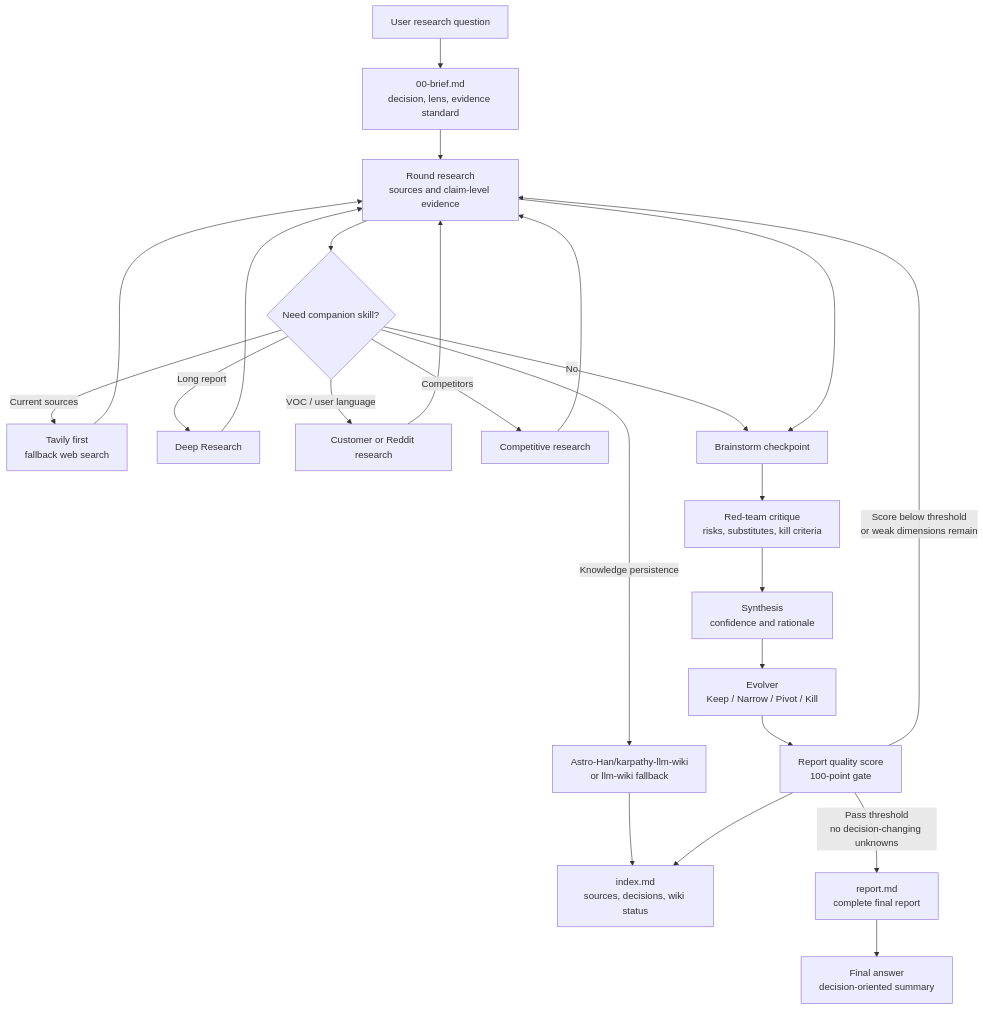
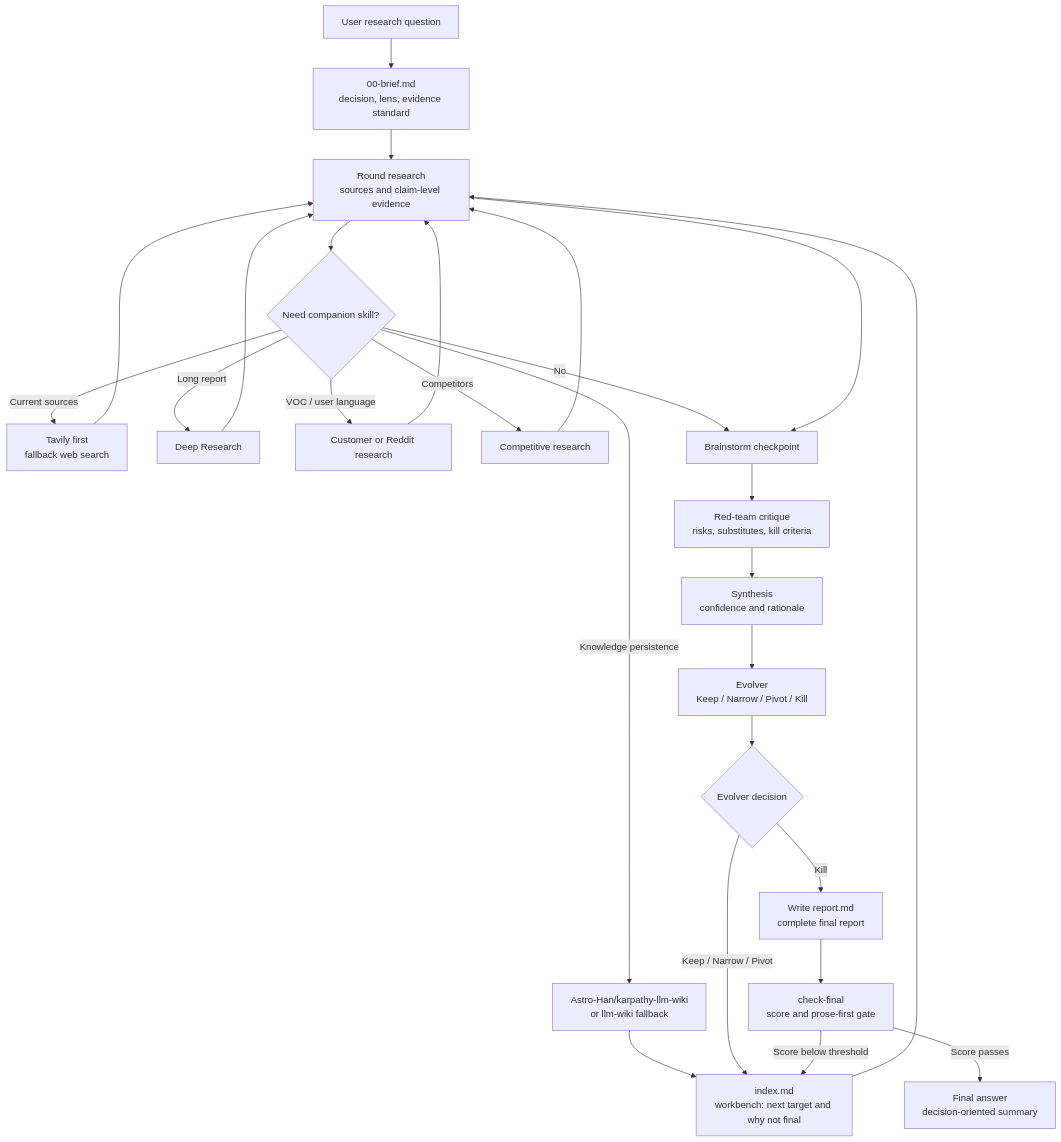
Before and after one commit to GoatGit/super-survey: the diagram in README.md, drawn with Mermaid. The commit also changed other lines of this file and 5 other files, not shown here.

Commit message:
Make final report a terminal survey artifact

````diff
--- a/README.md
+++ b/README.md
@@ -154,26 +155,28 @@
 ```mermaid
 flowchart TD
     A[User research question] --> B[00-brief.md<br/>decision, lens, evidence standard]
     B --> C[Round research<br/>sources and claim-level evidence]
     C --> D{Need companion skill?}
     D -->|Current sources| D1[Tavily first<br/>fallback web search]
     D -->|Long report| D2[Deep Research]
     D -->|VOC / user language| D3[Customer or Reddit research]
     D -->|Competitors| D4[Competitive research]
     D -->|Knowledge persistence| D5[Astro-Han/karpathy-llm-wiki<br/>or llm-wiki fallback]
     D -->|No| E[Brainstorm checkpoint]
     D1 --> C
     D2 --> C
     D3 --> C
     D4 --> C
     D5 --> I[index.md]
     C --> E[Brainstorm checkpoint]
     E --> F[Red-team critique<br/>risks, substitutes, kill criteria]
     F --> G[Synthesis<br/>confidence and rationale]
     G --> H[Evolver<br/>Keep / Narrow / Pivot / Kill]
-    H --> Q[Report quality score<br/>100-point gate]
-    Q --> I[index.md<br/>sources, decisions, wiki status]
-    Q -->|Score below threshold<br/>or weak dimensions remain| C
-    Q -->|Pass threshold<br/>no decision-changing unknowns| J[report.md<br/>complete final report]
-    J --> K[Final answer<br/>decision-oriented summary]
+    H --> Q{Evolver decision}
+    Q -->|Keep / Narrow / Pivot| I[index.md<br/>workbench: next target and why not final]
+    I --> C
+    Q -->|Kill| J[Write report.md<br/>complete final report]
+    J --> R[check-final<br/>score and prose-first gate]
+    R -->|Score below threshold| I
+    R -->|Score passes| K[Final answer<br/>decision-oriented summary]
 ```
````
